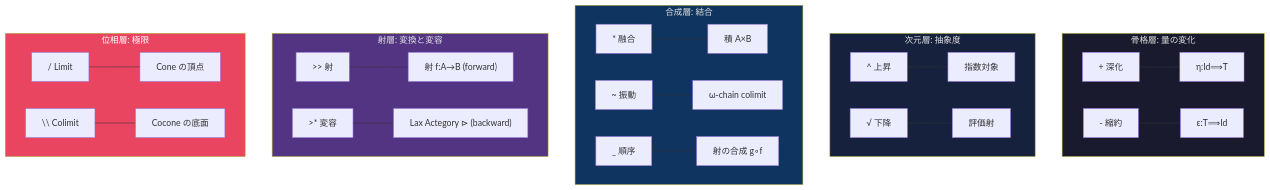
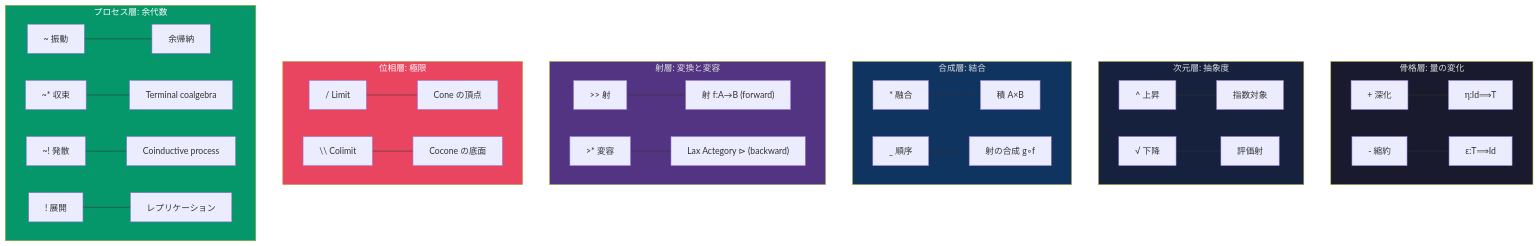
One commit to laihuip001/hegemonikon changed the second of 2 diagrams in ccl/operators.md. Above: the diagram before and after it, drawn with Mermaid. The commit also changed other lines of this file, not shown here.

First line of the commit message:
feat(kalon): 6-layer architecture — Process Layer with ~* ~! !

````diff
--- a/ccl/operators.md
+++ b/ccl/operators.md
@@ -797,34 +817,41 @@
 ```mermaid
 graph TD
     subgraph 骨格["骨格層: 量の変化"]
         PLUS["+  深化"] --- NT_ETA["η:Id⟹T"]
         MINUS["-  縮約"] --- NT_EPS["ε:T⟹Id"]
     end
     
     subgraph 次元["次元層: 抽象度"]
         UP["^  上昇"] --- EXP["指数対象"]
         DOWN["√  下降"] --- EVAL["評価射"]
     end
     
     subgraph 合成["合成層: 結合"]
         PROD["*  融合"] --- PRODUCT["積 A×B"]
-        OSC["~  振動"] --- COLIM["ω-chain colimit"]
         SEQ["_  順序"] --- COMP["射の合成 g∘f"]
     end
     
     subgraph 射層["射層: 変換と変容"]
         MOR[">>  射"] --- FORWARD["射 f:A→B (forward)"]
         ACT[">*  変容"] --- BACKWARD["Lax Actegory ⊳ (backward)"]
     end
     
     subgraph 位相["位相層: 極限"]
         LIM["/  Limit"] --- CONE["Cone の頂点"]
         COLIMIT["\\  Colimit"] --- COCONE["Cocone の底面"]
     end
 
+    subgraph プロセス["プロセス層: 余代数"]
+        OSC["~  振動"] --- COIND["余帰納"]
+        CONV["~*  収束"] --- TCOALG["Terminal coalgebra"]
+        DIV["~!  発散"] --- COINPR["Coinductive process"]
+        REPL["!  展開"] --- REPLIC["レプリケーション"]
+    end
+
     style 骨格 fill:#1a1a2e,color:#e0e0e0
     style 次元 fill:#16213e,color:#e0e0e0
     style 合成 fill:#0f3460,color:#e0e0e0
     style 射層 fill:#533483,color:#e0e0e0
     style 位相 fill:#e94560,color:#fff
+    style プロセス fill:#059669,color:#fff
 ```
````
